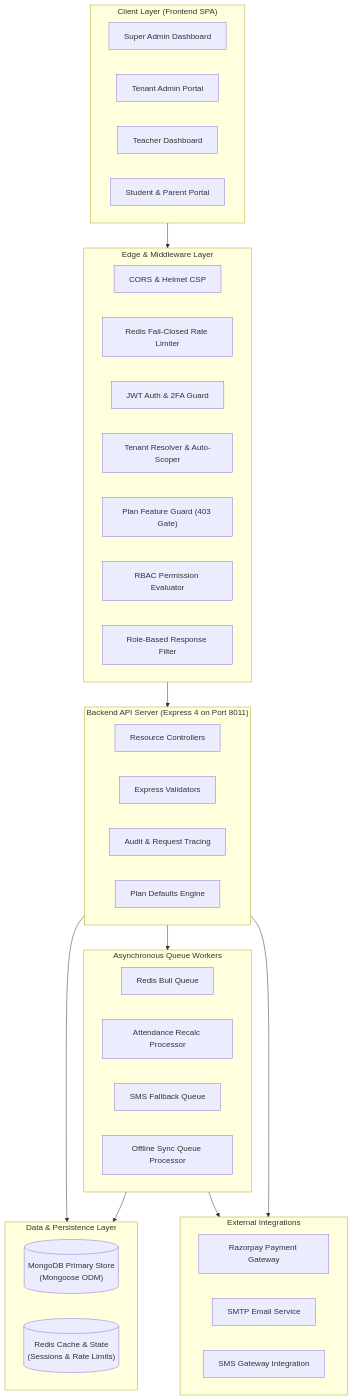
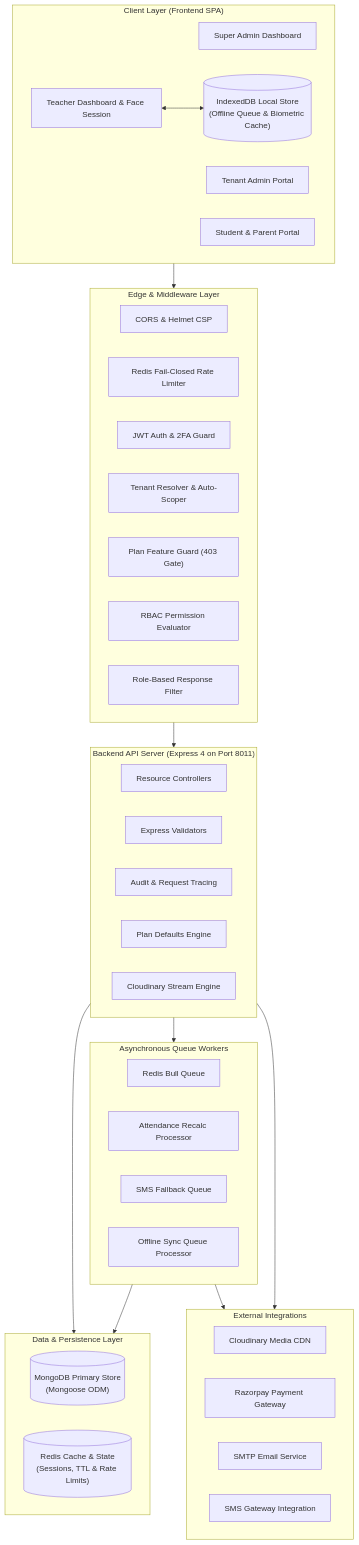
One commit to Eordinary01/AttendEase changed the first of 12 diagrams in ARCHITECTURE.md. Above: the diagram before and after it, drawn with Mermaid. The commit also changed other lines of this file and 199 other files, not shown here.

````diff
--- a/ARCHITECTURE.md
+++ b/ARCHITECTURE.md
@@ -28,52 +31,56 @@
 ```mermaid
 flowchart TB
     subgraph Clients["Client Layer (Frontend SPA)"]
         SA_UI["Super Admin Dashboard"]
         TA_UI["Tenant Admin Portal"]
-        TC_UI["Teacher Dashboard"]
+        TC_UI["Teacher Dashboard & Face Session"]
         ST_UI["Student & Parent Portal"]
+        IDB[("IndexedDB Local Store\n(Offline Queue & Biometric Cache)")]
+        TC_UI <--> IDB
     end
 
     subgraph Edge["Edge & Middleware Layer"]
         CORS["CORS & Helmet CSP"]
         RL["Redis Fail-Closed Rate Limiter"]
         AUTH["JWT Auth & 2FA Guard"]
         TENANT["Tenant Resolver & Auto-Scoper"]
         FG["Plan Feature Guard (403 Gate)"]
         PERM["RBAC Permission Evaluator"]
         RF["Role-Based Response Filter"]
     end
 
     subgraph AppServer["Backend API Server (Express 4 on Port 8011)"]
         Controllers["Resource Controllers"]
         Validators["Express Validators"]
         Audit["Audit & Request Tracing"]
         PlanDefaults["Plan Defaults Engine"]
+        CloudinaryUtil["Cloudinary Stream Engine"]
     end
 
     subgraph AsyncWorker["Asynchronous Queue Workers"]
         BullQueue["Redis Bull Queue"]
         AttWorker["Attendance Recalc Processor"]
         SMSWorker["SMS Fallback Queue"]
         SyncWorker["Offline Sync Queue Processor"]
     end
 
     subgraph DataStore["Data & Persistence Layer"]
         MongoDB[("MongoDB Primary Store\n(Mongoose ODM)")]
-        RedisCache[("Redis Cache & State\n(Sessions & Rate Limits)")]
+        RedisCache[("Redis Cache & State\n(Sessions, TTL & Rate Limits)")]
     end
 
     subgraph External["External Integrations"]
+        Cloudinary["Cloudinary Media CDN"]
         Razorpay["Razorpay Payment Gateway"]
         Nodemailer["SMTP Email Service"]
         Twilio["SMS Gateway Integration"]
     end
 
     Clients --> Edge
     Edge --> AppServer
     AppServer --> DataStore
     AppServer --> AsyncWorker
     AsyncWorker --> DataStore
     AppServer --> External
     AsyncWorker --> External
 ```
````
